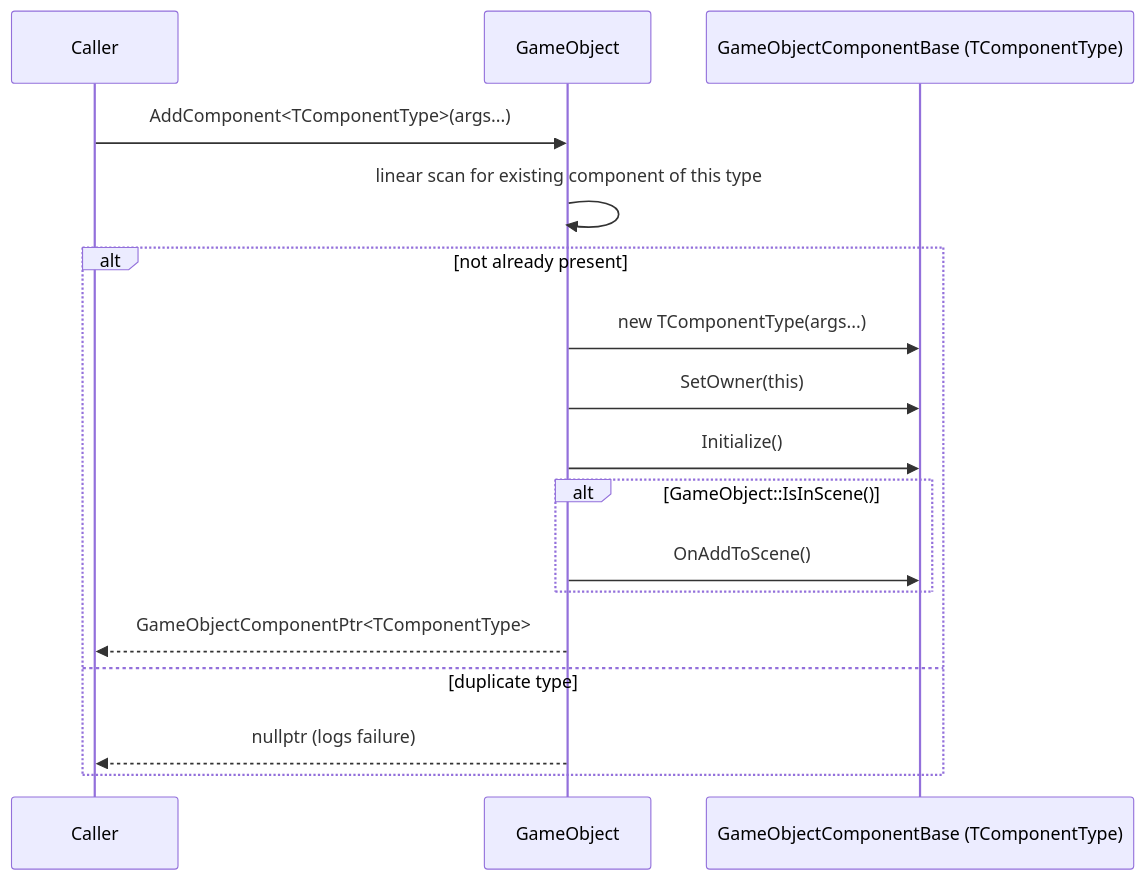
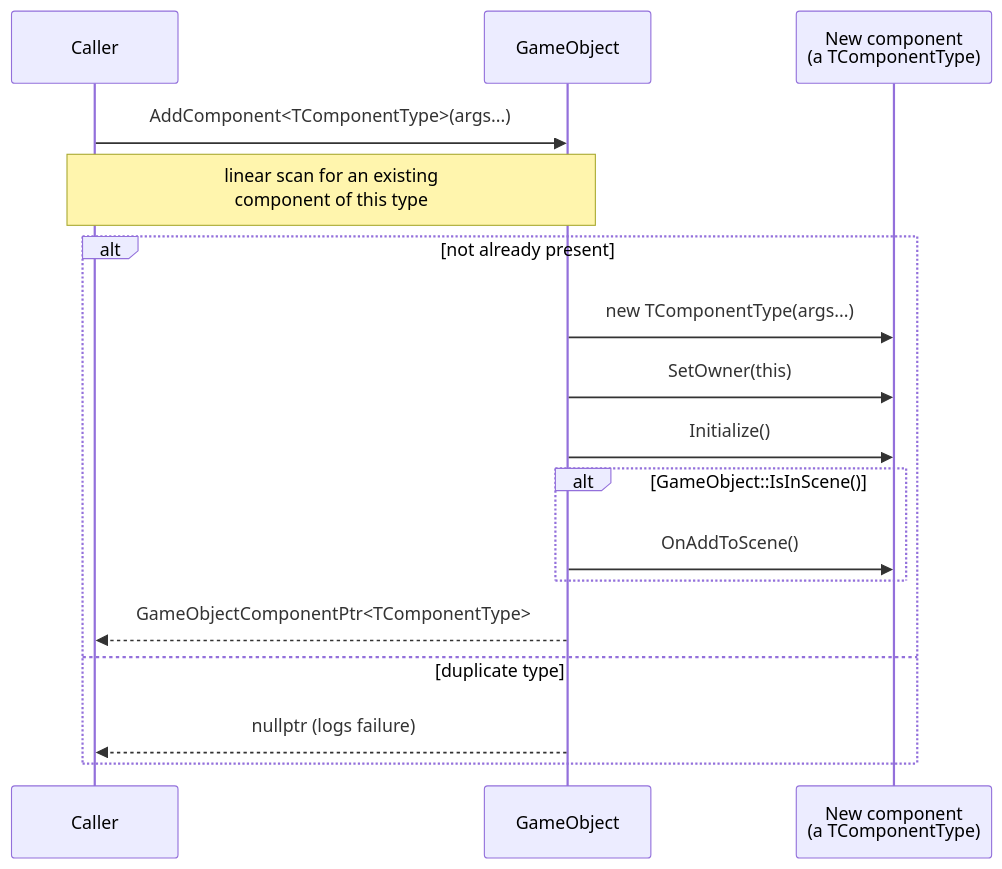
Before and after one commit to b1nary0/RZE: the diagram in Docs/Generated/Engine/03-SceneAndGameObjects/Component-System.md, drawn with Mermaid. The commit also changed 21 other files, not shown here.

First line of the commit message:
Fix diagrams that failed to render or hid their own text

````diff
--- a/Docs/Generated/Engine/03-SceneAndGameObjects/Component-System.md
+++ b/Docs/Generated/Engine/03-SceneAndGameObjects/Component-System.md
@@ -85,20 +85,21 @@
 ```mermaid
+%%{init: {'flowchart': {'subGraphTitleMargin': {'top': 6, 'bottom': 10}}, 'themeCSS': '.labelBkg, .edgeLabel { background-color: var(--background-primary) !important; } .messageText, .labelText, .loopText { paint-order: stroke; stroke: var(--background-primary); stroke-width: 5px; stroke-linejoin: round; }'}}%%
 sequenceDiagram
     participant Caller
     participant GO as GameObject
-    participant Comp as GameObjectComponentBase (TComponentType)
+    participant Comp as New component<br/>(a TComponentType)
 
     Caller->>GO: AddComponent<TComponentType>(args...)
-    GO->>GO: linear scan for existing component of this type
+    Note over Caller,GO: linear scan for an existing<br/>component of this type
     alt not already present
         GO->>Comp: new TComponentType(args...)
         GO->>Comp: SetOwner(this)
         GO->>Comp: Initialize()
         alt GameObject::IsInScene()
             GO->>Comp: OnAddToScene()
         end
         GO-->>Caller: GameObjectComponentPtr<TComponentType>
     else duplicate type
         GO-->>Caller: nullptr (logs failure)
     end
 ```
````
